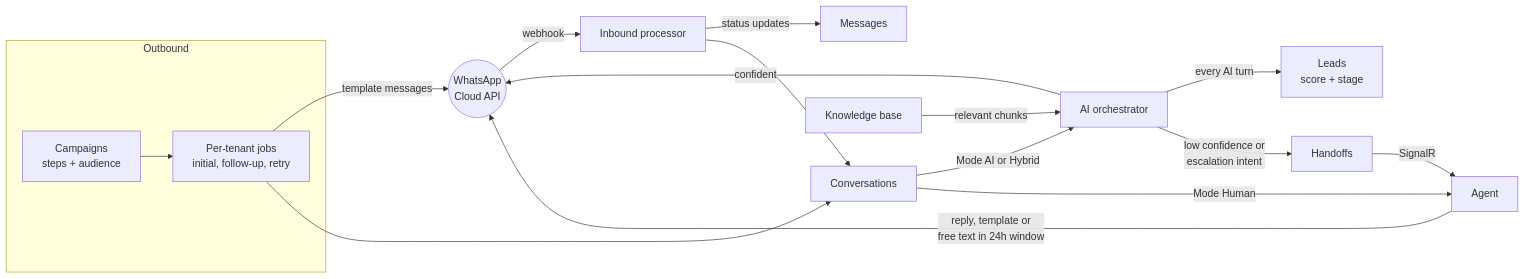
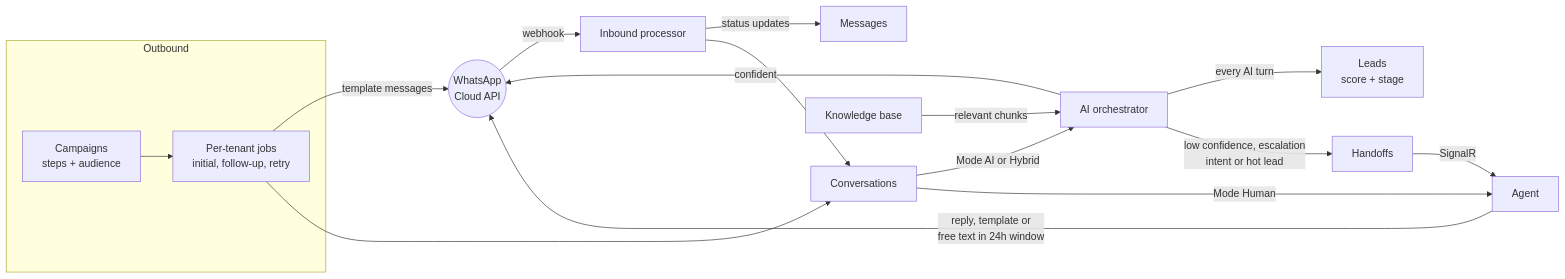
One commit to aquarianchd83/AI-Sales-Automation-System-angular changed the diagram in docs/MODULE-FLOWS.md. Above: the diagram before and after it, drawn with Mermaid. The commit also changed other lines of this file and 12 other files, not shown here.

````diff
--- a/docs/MODULE-FLOWS.md
+++ b/docs/MODULE-FLOWS.md
@@ -19,19 +19,19 @@
 ```mermaid
 flowchart LR
     subgraph Outbound
         CAMP["Campaigns<br/>steps + audience"] --> JOBS["Per-tenant jobs<br/>initial, follow-up, retry"]
     end
     JOBS -- "template messages" --> WA(("WhatsApp<br/>Cloud API"))
     WA -- "webhook" --> WH["Inbound processor"]
     WH -- "status updates" --> MSG["Messages"]
     JOBS --> CONV
     WH --> CONV["Conversations"]
     CONV -- "Mode AI or Hybrid" --> ORCH["AI orchestrator"]
     KB["Knowledge base"] -- "relevant chunks" --> ORCH
     ORCH -- "confident" --> WA
     ORCH -- "every AI turn" --> LEAD["Leads<br/>score + stage"]
-    ORCH -- "low confidence or<br/>escalation intent" --> HO["Handoffs"]
+    ORCH -- "low confidence, escalation<br/>intent or hot lead" --> HO["Handoffs"]
     HO -- "SignalR" --> AGENT["Agent"]
     CONV -- "Mode Human" --> AGENT
     AGENT -- "reply, template or<br/>free text in 24h window" --> WA
 ```
````
